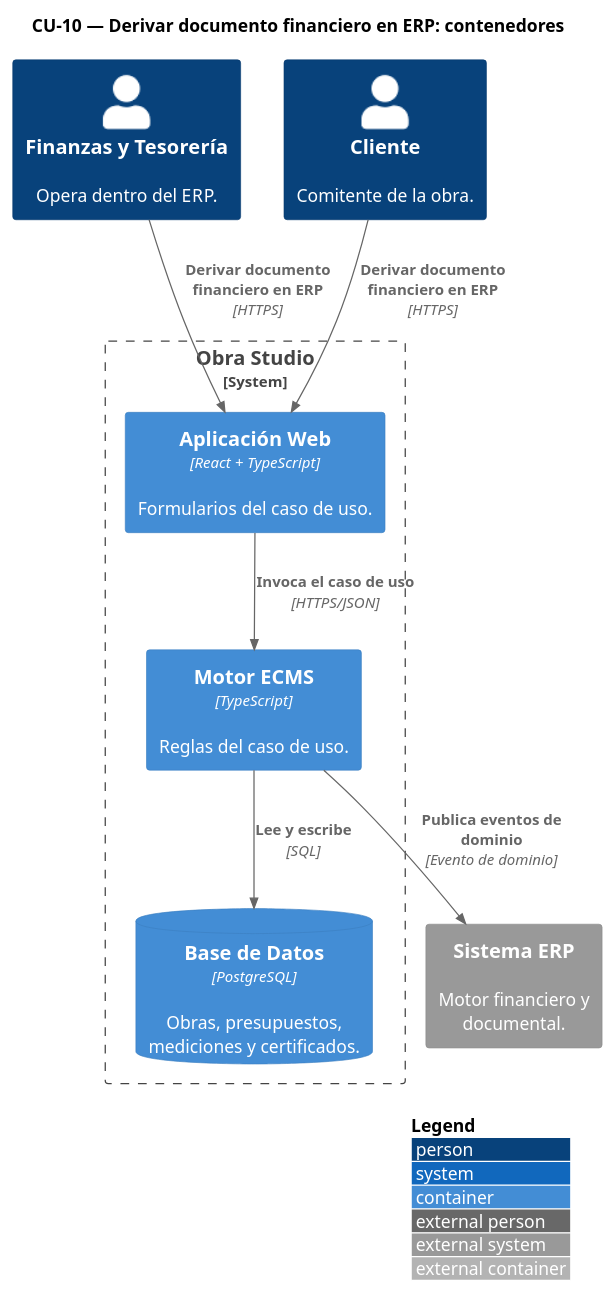
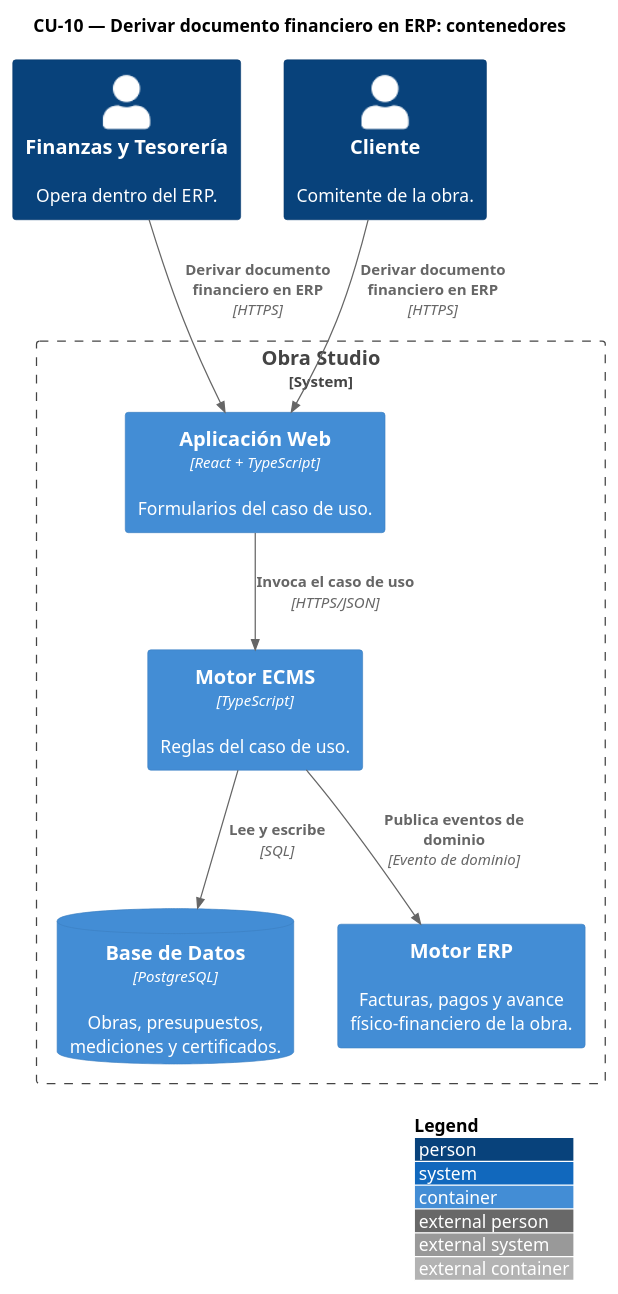
One commit to Ssrrb/TPF-teoria changed the diagram in modelo/c4/C4-CU10-contenedores.puml. Above: the diagram before and after it, drawn with PlantUML. The commit also changed 53 other files, not shown here.

```diff
--- a/modelo/c4/C4-CU10-contenedores.puml
+++ b/modelo/c4/C4-CU10-contenedores.puml
@@ -1,20 +1,20 @@
 @startuml
 !include <C4/C4_Container>
 LAYOUT_WITH_LEGEND()
 title CU-10 — Derivar documento financiero en ERP: contenedores
 
 Person(TES, "Finanzas y Tesorería", "Opera dentro del ERP.")
 Person(CLI, "Cliente", "Comitente de la obra.")
 System_Boundary(obra, "Obra Studio") {
   Container(web, "Aplicación Web", "React + TypeScript", "Formularios del caso de uso.")
   Container(ecms, "Motor ECMS", "TypeScript", "Reglas del caso de uso.")
   ContainerDb(bd, "Base de Datos", "PostgreSQL", "Obras, presupuestos, mediciones y certificados.")
+  Container(erp, "Motor ERP", "", "Facturas, pagos y avance físico-financiero de la obra.")
 }
-System_Ext(erp, "Sistema ERP", "Motor financiero y documental.")
 
 Rel(TES, web, "Derivar documento financiero en ERP", "HTTPS")
 Rel(CLI, web, "Derivar documento financiero en ERP", "HTTPS")
 Rel(web, ecms, "Invoca el caso de uso", "HTTPS/JSON")
 Rel(ecms, bd, "Lee y escribe", "SQL")
 Rel(ecms, erp, "Publica eventos de dominio", "Evento de dominio")
 @enduml
```
